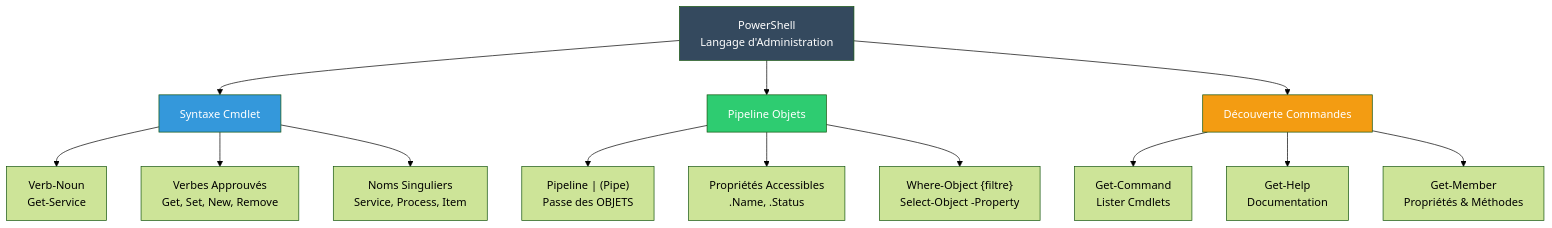
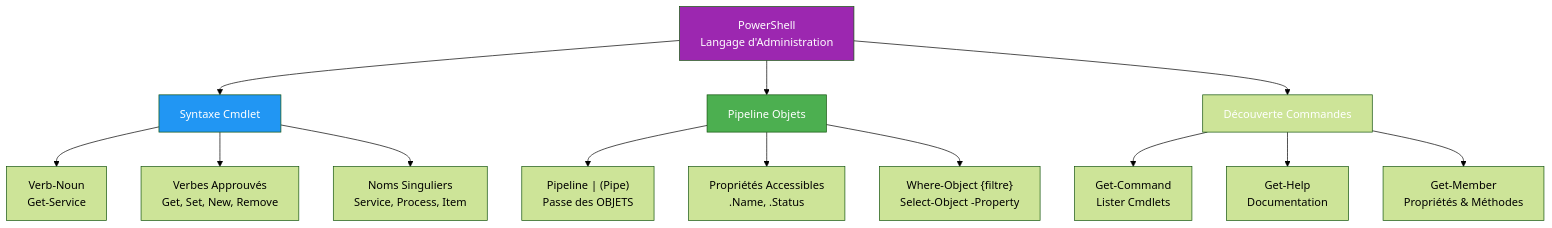
One commit to VBlackJack/ShellBook changed the fifth of 9 diagrams in docs/windows/windows-mindmaps.md. Above: the diagram before and after it, drawn with Mermaid (forest theme). The commit also changed other lines of this file and 337 other files, not shown here.

First line of the commit message:
refactor(docs): Standardize code blocks and Mermaid colors

````diff
--- a/docs/windows/windows-mindmaps.md
+++ b/docs/windows/windows-mindmaps.md
@@ -165,23 +165,23 @@
 ```mermaid
 graph TD
     A[PowerShell<br/>Langage d'Administration] --> B[Syntaxe Cmdlet]
     A --> C[Pipeline Objets]
     A --> D[Découverte Commandes]
 
     B --> B1["Verb-Noun<br/>Get-Service"]
     B --> B2["Verbes Approuvés<br/>Get, Set, New, Remove"]
     B --> B3["Noms Singuliers<br/>Service, Process, Item"]
 
     C --> C1["Pipeline | (Pipe)<br/>Passe des OBJETS"]
     C --> C2["Propriétés Accessibles<br/>.Name, .Status"]
     C --> C3["Where-Object {filtre}<br/>Select-Object -Property"]
 
     D --> D1["Get-Command<br/>Lister Cmdlets"]
     D --> D2["Get-Help <cmdlet><br/>Documentation"]
     D --> D3["Get-Member<br/>Propriétés & Méthodes"]
 
-    style A fill:#34495e,color:#fff
-    style B fill:#3498db,color:#fff
-    style C fill:#2ecc71,color:#fff
-    style D fill:#f39c12,color:#fff
+    style A fill:#9C27B0,color:#fff
+    style B fill:#2196F3,color:#fff
+    style C fill:#4CAF50,color:#fff
+    style D fill:#FF9800800800,color:#fff
 ```
````
